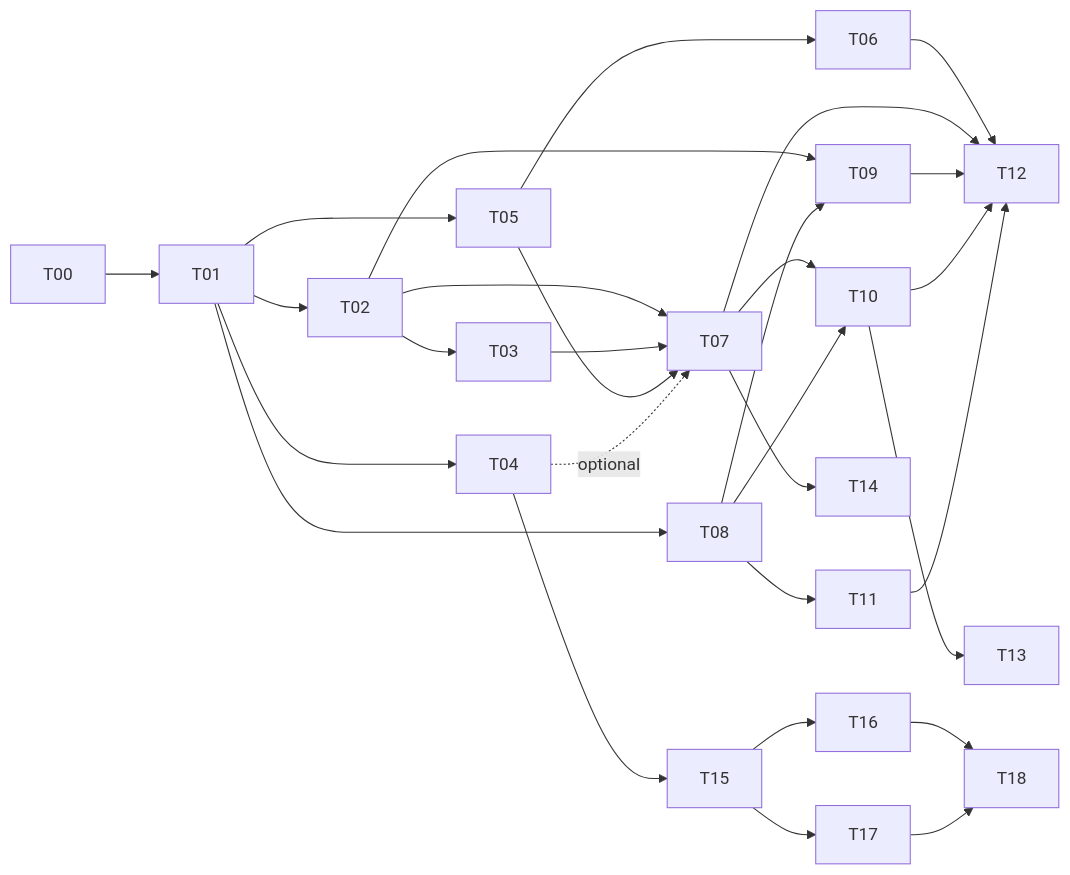
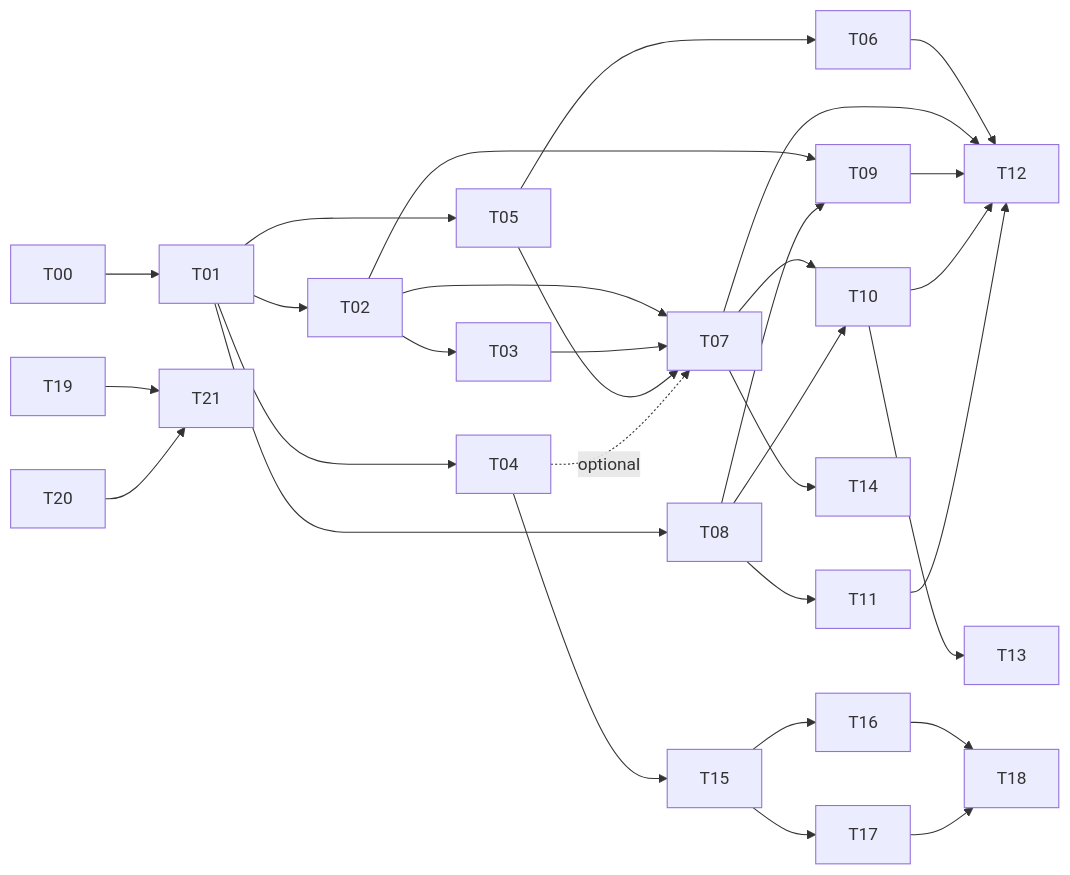
Before and after one commit to ankur-paul/schedule-optimizer: the diagram in tickets/README.md, drawn with Mermaid. The commit also changed other lines of this file and 7 other files, not shown here.

````diff
--- a/tickets/README.md
+++ b/tickets/README.md
@@ -70,18 +73,19 @@
 ```mermaid
 graph LR
   T00 --> T01
   T01 --> T02 & T04 & T05 & T08
   T02 --> T03
   T05 --> T06
   T02 & T03 & T05 --> T07
   T04 -.optional.-> T07
   T02 & T08 --> T09
   T07 & T08 --> T10
   T08 --> T11
   T06 & T07 & T09 & T10 & T11 --> T12
   T10 --> T13
   T07 --> T14
   T04 --> T15
   T15 --> T16 & T17
   T16 & T17 --> T18
+  T19 & T20 --> T21
 ```
````
